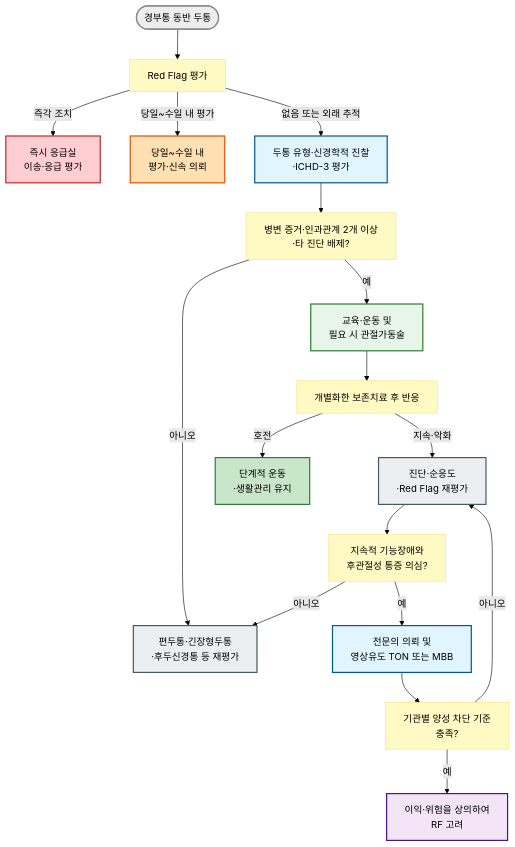
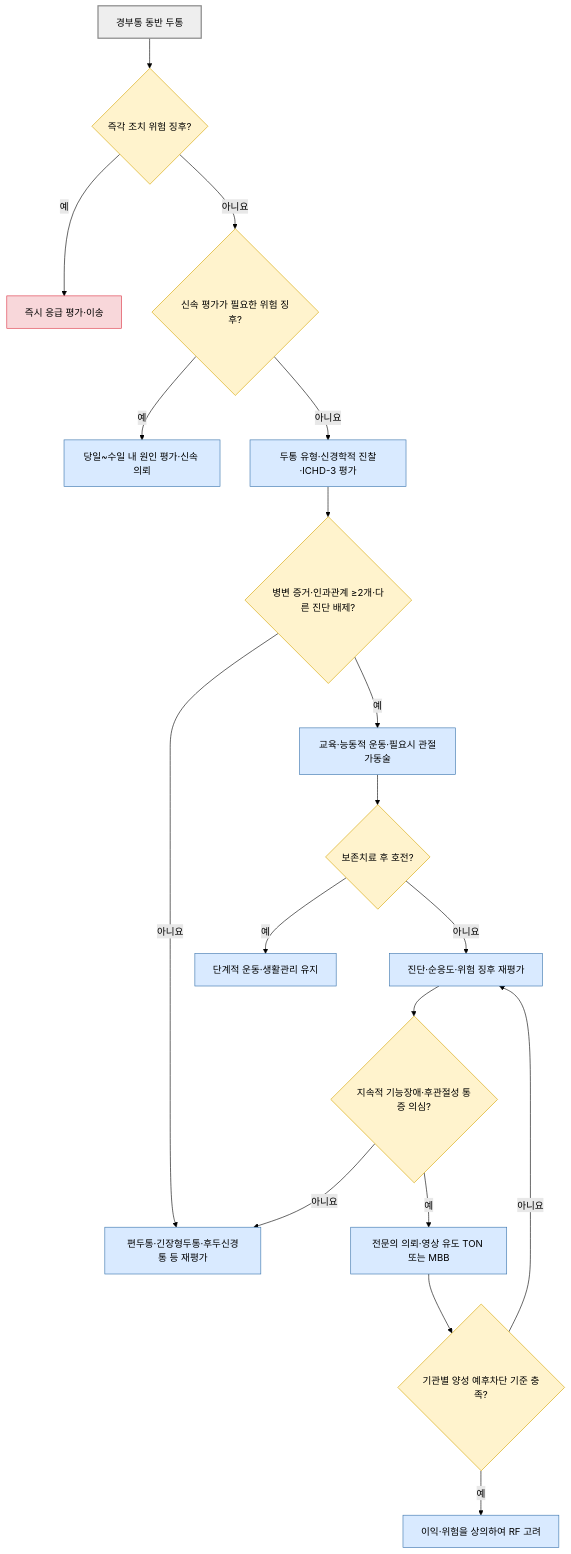
Before and after one commit to familyoh77/familyoh77: the diagram in 221_/019_-cervicogenic-headache.md, drawn with Mermaid (forest theme). The commit also changed other lines of this file and 4 other files, not shown here.

````diff
--- a/221_/019_-cervicogenic-headache.md
+++ b/221_/019_-cervicogenic-headache.md
@@ -147,38 +148,28 @@
 ```mermaid
 flowchart TD
-    A([경부통 동반 두통]) --> B[Red Flag 평가]
-    B -->|즉각 조치| C[즉시 응급실 <br/>이송·응급 평가]
-    B -->|당일~수일 내 평가| D[당일~수일 내 <br/>평가·신속 의뢰]
-    B -->|없음 또는 외래 추적| E[두통 유형·신경학적 진찰<br/>·ICHD-3 평가]
-    E --> F[병변 증거·인과관계 2개 이상<br/>·타 진단 배제?]
-    F -->|아니오| G[편두통·긴장형두통<br/>·후두신경통 등 재평가]
-    F -->|예| H[교육·운동 및 <br/>필요 시 관절가동술]
-    H --> I[개별화한 보존치료 후 반응]
-    I -->|호전| J[단계적 운동<br/>·생활관리 유지]
-    I -->|지속·악화| K[진단·순응도<br/>·Red Flag 재평가]
-    K --> L[지속적 기능장애와 <br/>후관절성 통증 의심?]
-    L -->|아니오| G
-    L -->|예| M[전문의 의뢰 및 <br/>영상유도 TON 또는 MBB]
-    M --> N[기관별 양성 차단 기준 <br/>충족?]
-    N -->|예| O[이익·위험을 상의하여 <br/>RF 고려]
-    N -->|아니오| K
-
-classDef yellow fill:#fff9c4,stroke:#ffe082
-class B,F,I,L,N yellow
-
-    style A fill:#eeeeee,stroke:#888888,stroke-width:2px
-
-    style C fill:#ffcdd2,stroke:#c62828,stroke-width:2px
-    style D fill:#ffe0b2,stroke:#e65100,stroke-width:2px
-    style E fill:#e1f5fe,stroke:#01579b,stroke-width:2px
-
-    style G fill:#eceff1,stroke:#455a64,stroke-width:2px
-    style K fill:#eceff1,stroke:#455a64,stroke-width:2px
-
-    style H fill:#e8f5e9,stroke:#2e7d32,stroke-width:2px
-    style J fill:#c8e6c9,stroke:#2e7d32,stroke-width:2px
-
-    style M fill:#e1f5fe,stroke:#01579b,stroke-width:2px
-    style O fill:#f3e5f5,stroke:#4a148c,stroke-width:2px
-
+    A["경부통 동반 두통"] --> B{"즉각 조치 위험 징후?"}
+    B -- "예" --> C["즉시 응급 평가·이송"]
+    B -- "아니요" --> D{"신속 평가가 필요한 위험 징후?"}
+    D -- "예" --> E["당일~수일 내 원인 평가·신속 의뢰"]
+    D -- "아니요" --> F["두통 유형·신경학적 진찰·ICHD-3 평가"]
+    F --> G{"병변 증거·인과관계 ≥2개·다른 진단 배제?"}
+    G -- "아니요" --> H["편두통·긴장형두통·후두신경통 등 재평가"]
+    G -- "예" --> I["교육·능동적 운동·필요시 관절가동술"]
+    I --> J{"보존치료 후 호전?"}
+    J -- "예" --> K["단계적 운동·생활관리 유지"]
+    J -- "아니요" --> L["진단·순응도·위험 징후 재평가"]
+    L --> M{"지속적 기능장애·후관절성 통증 의심?"}
+    M -- "아니요" --> H
+    M -- "예" --> N["전문의 의뢰·영상 유도 TON 또는 MBB"]
+    N --> O{"기관별 양성 예후차단 기준 충족?"}
+    O -- "예" --> P["이익·위험을 상의하여 RF 고려"]
+    O -- "아니요" --> L
+    classDef start fill:#eee,stroke:#888,stroke-width:2px;
+    classDef decision fill:#fff3cd,stroke:#d6a400;
+    classDef emergency fill:#f8d7da,stroke:#dc3545;
+    classDef care fill:#d9eaff,stroke:#3973ac;
+    class A start;
+    class B,D,G,J,M,O decision;
+    class C emergency;
+    class E,F,H,I,K,L,N,P care;
 ```
````
